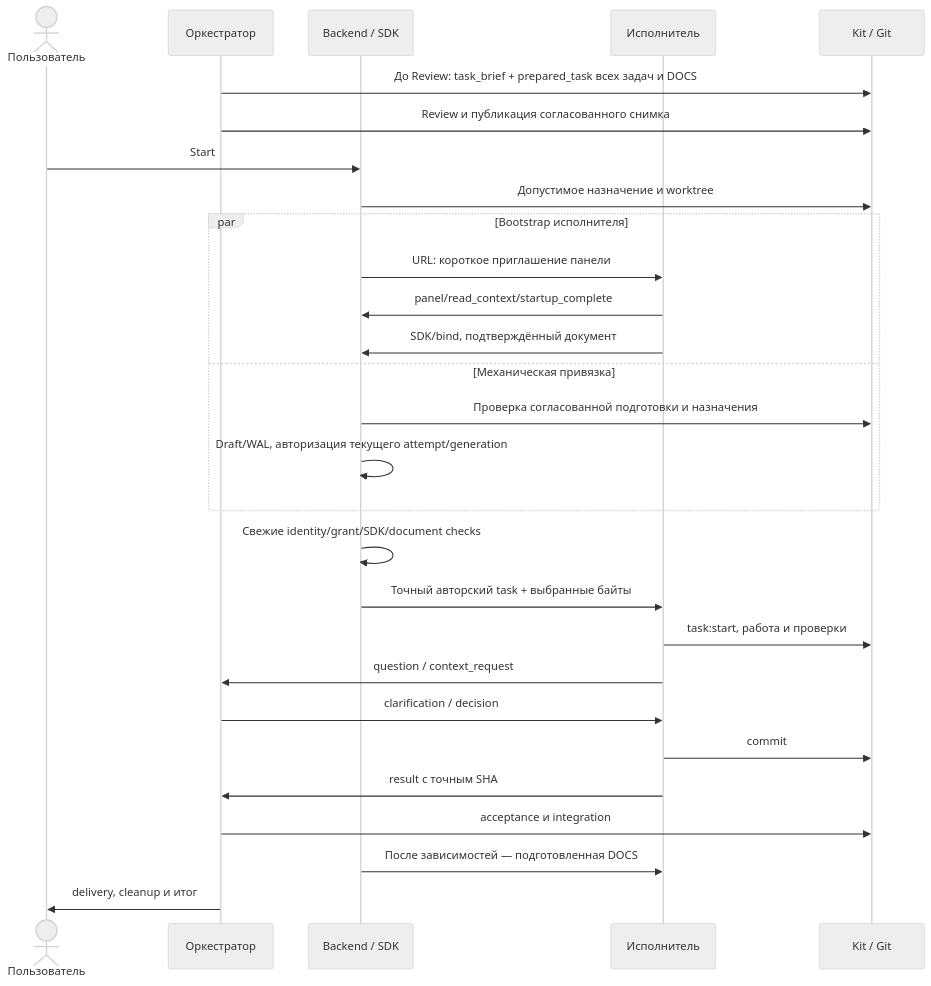
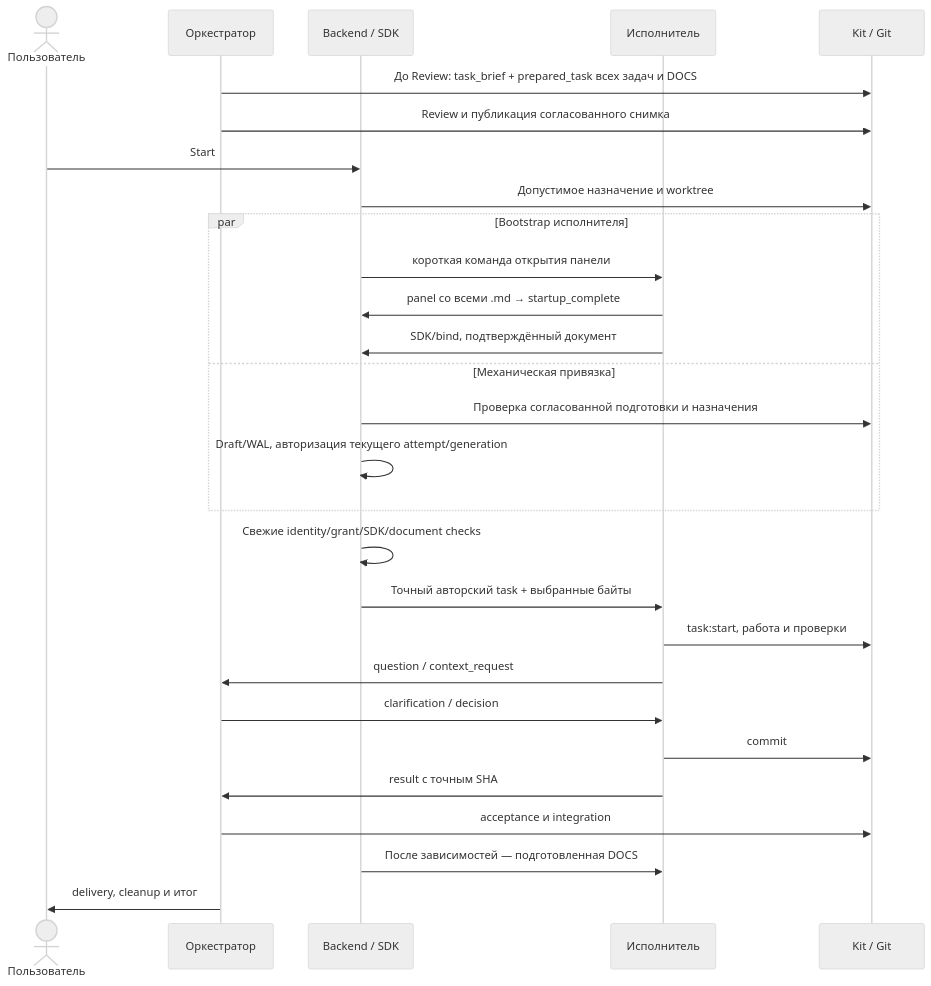
One commit to OleynikAleksandr/Workflow_Pilot changed the diagram in docs/modules/assignment-dialogue.md. Above: the diagram before and after it, drawn with Mermaid (neutral theme). The commit also changed other lines of this file and 19 other files, not shown here.

````diff
--- a/docs/modules/assignment-dialogue.md
+++ b/docs/modules/assignment-dialogue.md
@@ -24,30 +24,30 @@
 ```mermaid
 sequenceDiagram
     actor U as Пользователь
     participant O as Оркестратор
     participant B as Backend / SDK
     participant E as Исполнитель
     participant K as Kit / Git
     O->>K: До Review: task_brief + prepared_task всех задач и DOCS
     O->>K: Review и публикация согласованного снимка
     U->>B: Start
     B->>K: Допустимое назначение и worktree
     par Bootstrap исполнителя
-        B->>E: URL: короткое приглашение панели
-        E->>B: panel/read_context/startup_complete
+        B->>E: короткая команда открытия панели
+        E->>B: panel со всеми .md → startup_complete
         E->>B: SDK/bind, подтверждённый документ
     and Механическая привязка
         B->>K: Проверка согласованной подготовки и назначения
         B->>B: Draft/WAL, авторизация текущего attempt/generation
     end
     B->>B: Свежие identity/grant/SDK/document checks
     B->>E: Точный авторский task + выбранные байты
     E->>K: task:start, работа и проверки
     E->>O: question / context_request
     O->>E: clarification / decision
     E->>K: commit
     E->>O: result с точным SHA
     O->>K: acceptance и integration
     B->>E: После зависимостей — подготовленная DOCS
     O->>U: delivery, cleanup и итог
 ```
````
